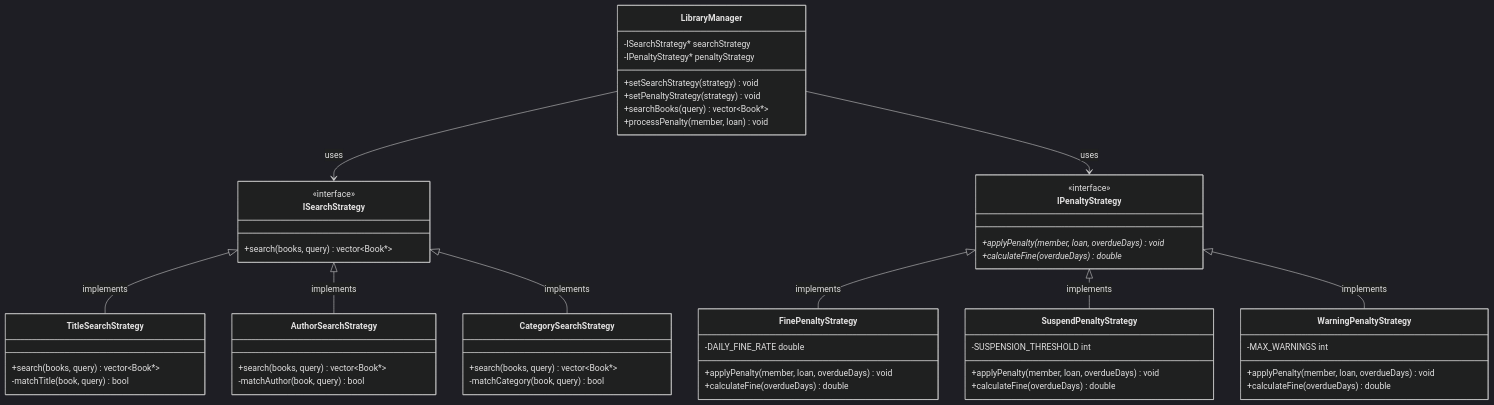
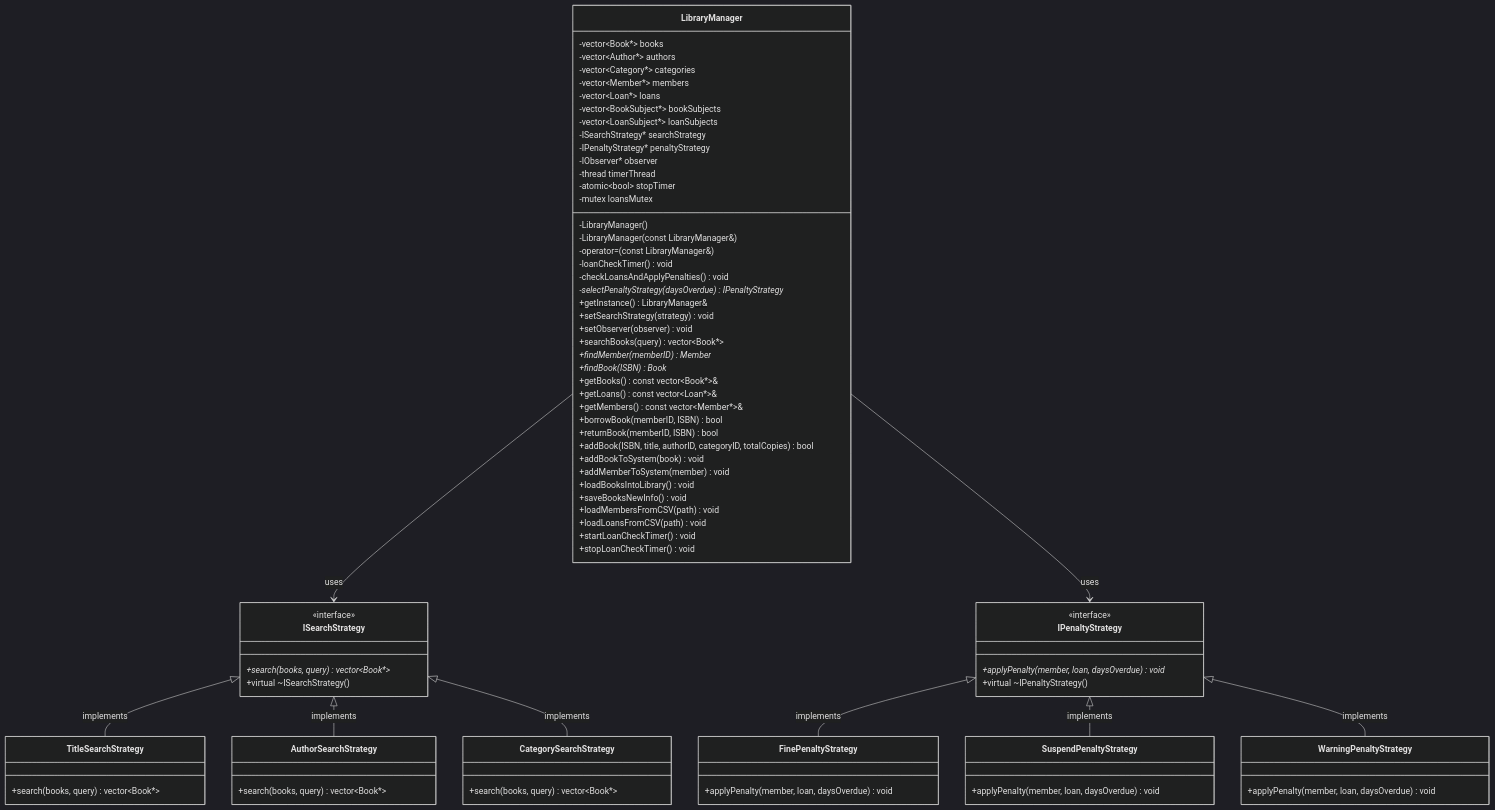
Before and after one commit to DankDaPancake/LibraryManagementSystem: the third of 29 diagrams in docs/report.md, drawn with Mermaid (dark theme). The commit also changed other lines of this file and 49 other files, not shown here.

```diff
--- a/docs/report.md
+++ b/docs/report.md
@@ -479,55 +516,80 @@
 classDiagram
     class ISearchStrategy {
         <<interface>>
-        +search(books, query) vector~Book*~
+        +search(books, query) vector~Book*~*
+        +virtual ~ISearchStrategy()
     }
 
     class TitleSearchStrategy {
         +search(books, query) vector~Book*~
-        -matchTitle(book, query) bool
     }
 
     class AuthorSearchStrategy {
         +search(books, query) vector~Book*~
-        -matchAuthor(book, query) bool
     }
 
     class CategorySearchStrategy {
         +search(books, query) vector~Book*~
-        -matchCategory(book, query) bool
     }
 
     class IPenaltyStrategy {
         <<interface>>
-        +applyPenalty(member, loan, overdueDays) void*
-        +calculateFine(overdueDays) double*
+        +applyPenalty(member, loan, daysOverdue) void*
+        +virtual ~IPenaltyStrategy()
     }
 
     class FinePenaltyStrategy {
-        -DAILY_FINE_RATE double
-        +applyPenalty(member, loan, overdueDays) void
-        +calculateFine(overdueDays) double
+        +applyPenalty(member, loan, daysOverdue) void
     }
 
     class SuspendPenaltyStrategy {
-        -SUSPENSION_THRESHOLD int
-        +applyPenalty(member, loan, overdueDays) void
-        +calculateFine(overdueDays) double
+        +applyPenalty(member, loan, daysOverdue) void
     }
 
     class WarningPenaltyStrategy {
-        -MAX_WARNINGS int
-        +applyPenalty(member, loan, overdueDays) void
-        +calculateFine(overdueDays) double
+        +applyPenalty(member, loan, daysOverdue) void
     }
 
     class LibraryManager {
+        -vector~Book*~ books
+        -vector~Author*~ authors
+        -vector~Category*~ categories
+        -vector~Member*~ members
+        -vector~Loan*~ loans
+        -vector~BookSubject*~ bookSubjects
+        -vector~LoanSubject*~ loanSubjects
         -ISearchStrategy* searchStrategy
         -IPenaltyStrategy* penaltyStrategy
+        -IObserver* observer
+        -thread timerThread
+        -atomic~bool~ stopTimer
+        -mutex loansMutex
+        -LibraryManager()
+        -LibraryManager(const LibraryManager&)
+        -operator=(const LibraryManager&)
+        -loanCheckTimer() void
+        -checkLoansAndApplyPenalties() void
+        -selectPenaltyStrategy(daysOverdue) IPenaltyStrategy*
+        +getInstance() LibraryManager&$
         +setSearchStrategy(strategy) void
-        +setPenaltyStrategy(strategy) void
+        +setObserver(observer) void
         +searchBooks(query) vector~Book*~
-        +processPenalty(member, loan) void
+        +findMember(memberID) Member*
+        +findBook(ISBN) Book*
+        +getBooks() const vector~Book*~&
+        +getLoans() const vector~Loan*~&
+        +getMembers() const vector~Member*~&
+        +borrowBook(memberID, ISBN) bool
+        +returnBook(memberID, ISBN) bool
+        +addBook(ISBN, title, authorID, categoryID, totalCopies) bool
+        +addBookToSystem(book) void
+        +addMemberToSystem(member) void
+        +loadBooksIntoLibrary() void
+        +saveBooksNewInfo() void
+        +loadMembersFromCSV(path) void
+        +loadLoansFromCSV(path) void
+        +startLoanCheckTimer() void
+        +stopLoanCheckTimer() void
     }
 
     ISearchStrategy <|-- TitleSearchStrategy : implements
```
